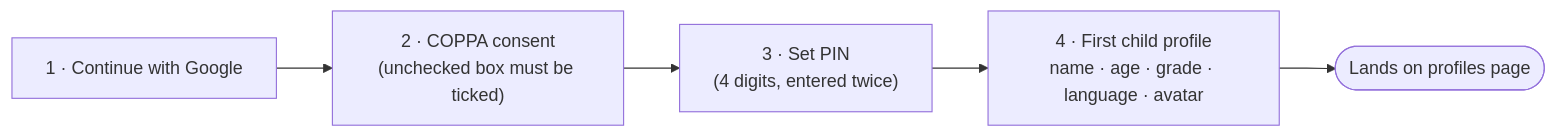
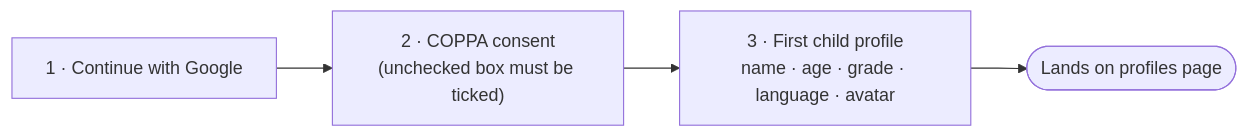
Diagram 14 of 28 in document/user-journey-manual.md (salmanbd100/kidlearn), drawn with Mermaid before and after one commit. The commit also changed other lines of this file and 15 other files, not shown here.

````diff
--- a/document/user-journey-manual.md
+++ b/document/user-journey-manual.md
@@ -448,7 +444,6 @@
 ```mermaid
 flowchart LR
     L["1 · Continue with Google"] --> Co["2 · COPPA consent<br/>(unchecked box must be ticked)"]
-    Co --> P["3 · Set PIN<br/>(4 digits, entered twice)"]
-    P --> Ch["4 · First child profile<br/>name · age · grade · language · avatar"]
+    Co --> Ch["3 · First child profile<br/>name · age · grade · language · avatar"]
     Ch --> Done([Lands on profiles page])
 ```
````
